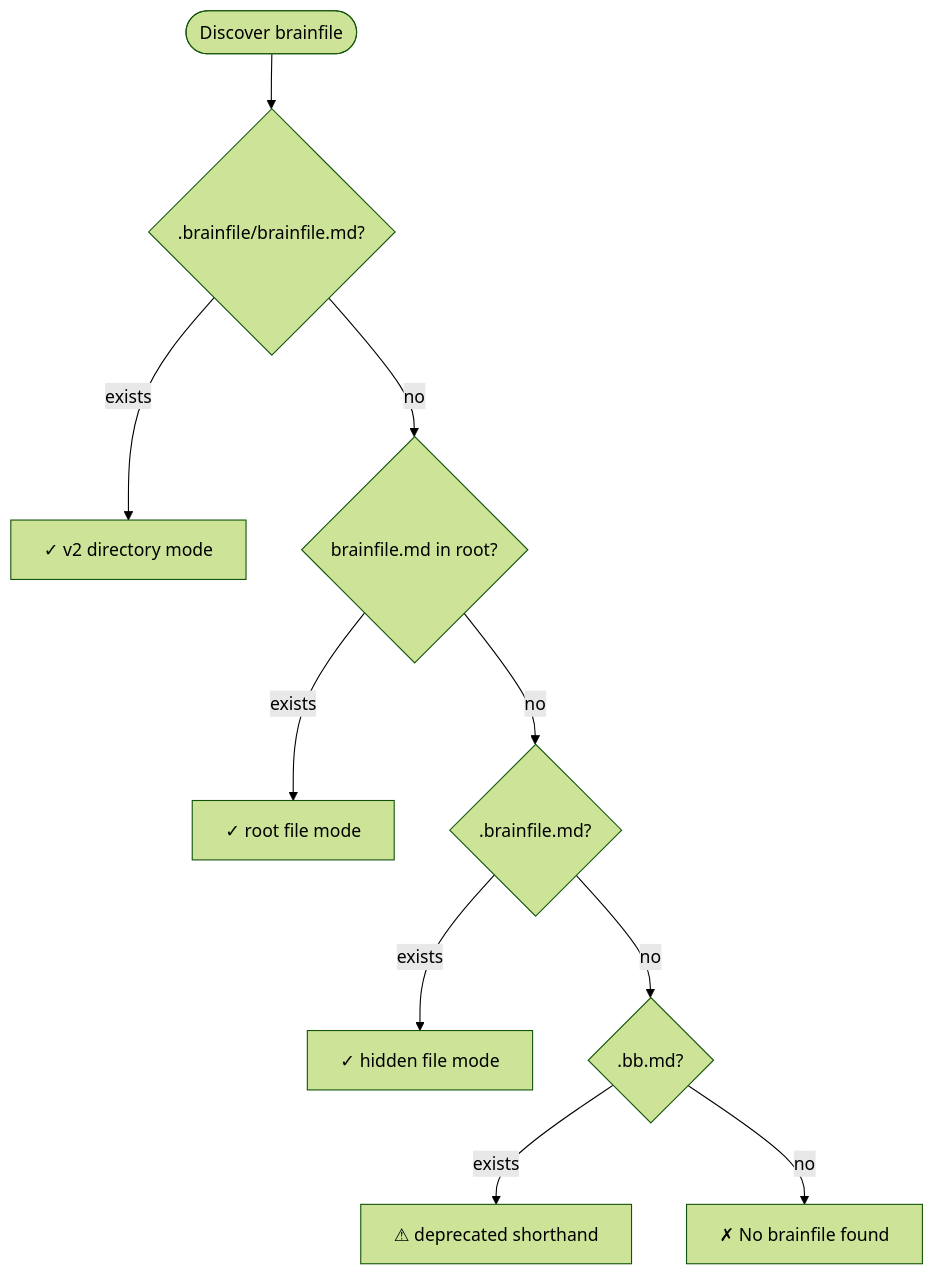
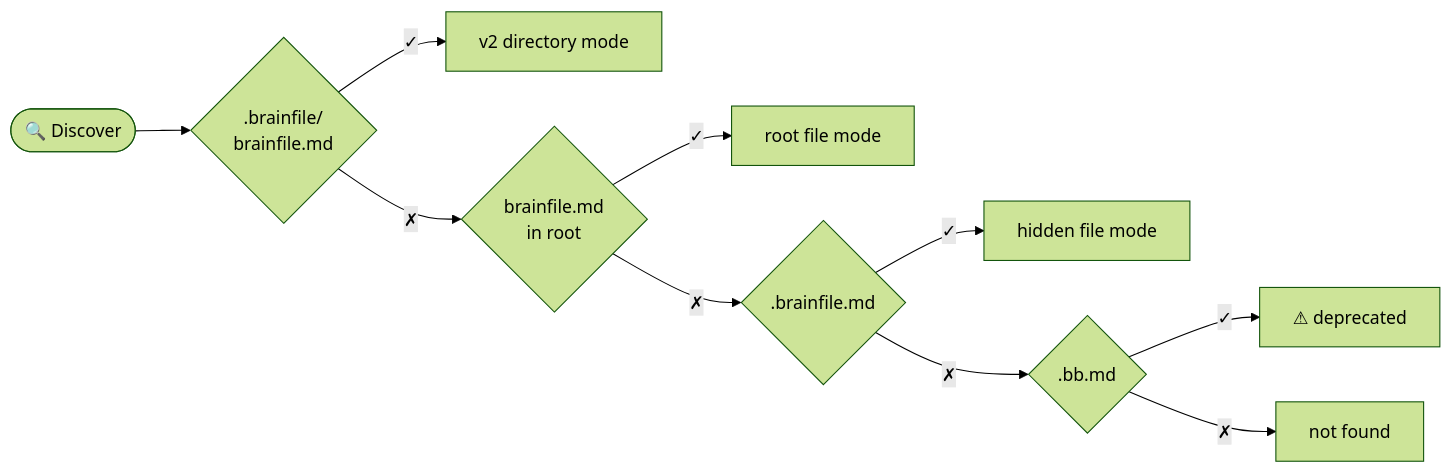
The first of 2 diagrams in docs/reference/protocol.md (1broseidon/brainfile), drawn with Mermaid (forest theme) before and after one commit. The commit also changed 6 other files, not shown here.

First line of the commit message:
mermaid diagram cohesive UI overhaul

````diff
--- a/docs/reference/protocol.md
+++ b/docs/reference/protocol.md
@@ -35,12 +35,12 @@
 ```mermaid
-flowchart TD
-    Start([Discover brainfile]) --> A{.brainfile/brainfile.md?}
-    A -->|exists| Found1[✓ v2 directory mode]
-    A -->|no| B{brainfile.md in root?}
-    B -->|exists| Found2[✓ root file mode]
-    B -->|no| C{.brainfile.md?}
-    C -->|exists| Found3[✓ hidden file mode]
-    C -->|no| D{.bb.md?}
-    D -->|exists| Found4[⚠ deprecated shorthand]
-    D -->|no| NotFound[✗ No brainfile found]
+flowchart LR
+    Start(["🔍 Discover"]) --> A{".brainfile/<br/>brainfile.md"}
+    A -->|"✓"| F1["v2 directory mode"]
+    A -->|"✗"| B{"brainfile.md<br/>in root"}
+    B -->|"✓"| F2["root file mode"]
+    B -->|"✗"| C{".brainfile.md"}
+    C -->|"✓"| F3["hidden file mode"]
+    C -->|"✗"| D{".bb.md"}
+    D -->|"✓"| F4["⚠ deprecated"]
+    D -->|"✗"| NF["not found"]
 ```
````
